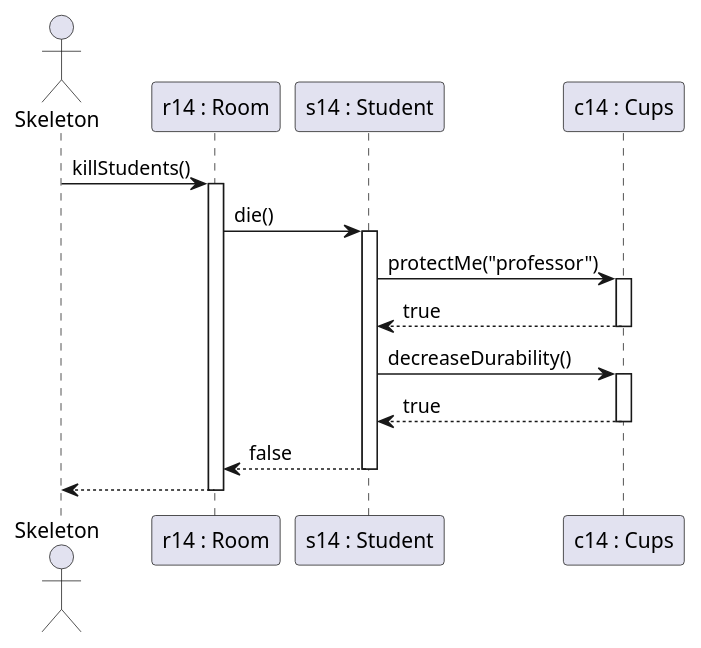
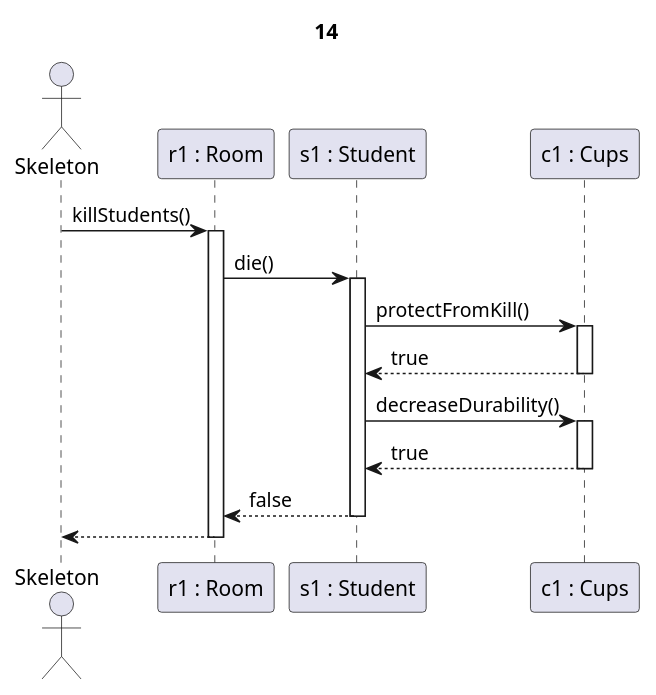
The diagram in partII_sequence diagrams/14.puml (kipolaris/skyrimscriptsuttogok), drawn with PlantUML before and after one commit. The commit also changed 113 other files, not shown here.

Commit message:
generated all 46 sequence diagrams and the use-case diagram

```diff
--- a/partII_sequence diagrams/14.puml
+++ b/partII_sequence diagrams/14.puml
@@ -1,22 +1,24 @@
-@startuml oktato_tamad
+@startuml Cups+nem jár le az idő
+
+title 14
 
 actor Skeleton as sk
-participant "r14 : Room" as r
-participant "s14 : Student" as s
-participant "c14 : Cups" as c
+participant "r1 : Room" as r
+participant "s1 : Student" as s
+participant "c1 : Cups" as c
 
 sk->r ++: killStudents()
 
 r -> s ++: die()
 
-s->c ++: protectMe("professor")
+s->c ++: protectFromKill()
 c-->s --: true
 
 s->c ++: decreaseDurability()
 c-->s --: true
 
 s-->r --: false
 
 r-->sk --:
 
 @enduml
```
